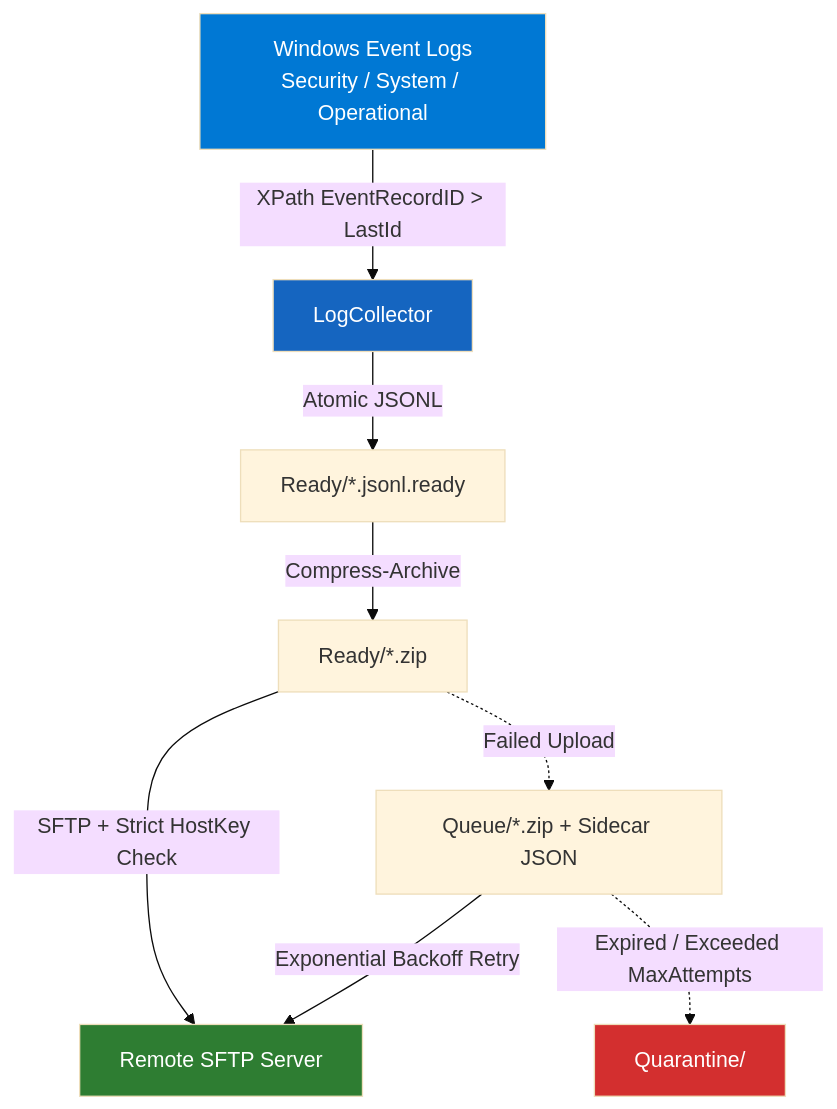
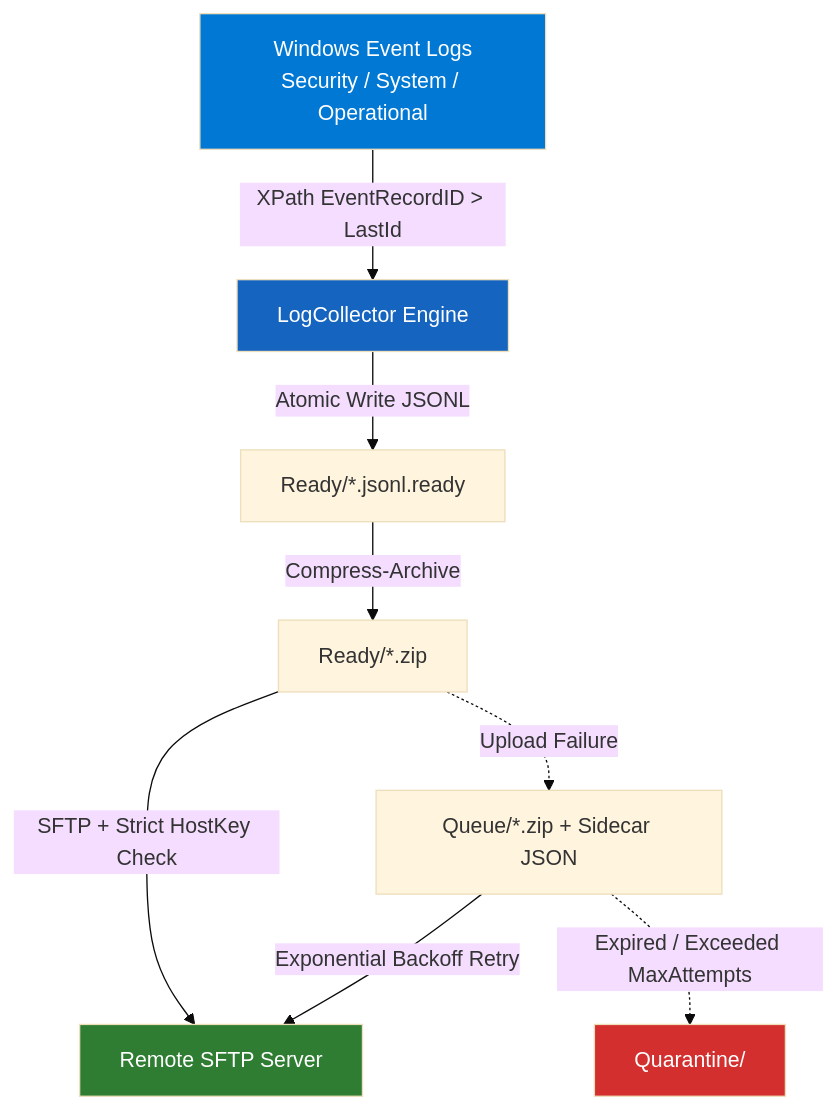
The diagram in README.md (pthanhbinh1654/winlogcollector), drawn with Mermaid (base theme) before and after one commit. The commit also changed other lines of this file and 1 other file, not shown here.

````diff
--- a/README.md
+++ b/README.md
@@ -26,15 +28,15 @@
 ```mermaid
 flowchart TD
-    A[Windows Event Logs\nSecurity / System / Operational] -->|XPath EventRecordID > LastId| B[LogCollector]
-    B -->|Atomic JSONL| C[Ready/*.jsonl.ready]
+    A[Windows Event Logs\nSecurity / System / Operational] -->|XPath EventRecordID > LastId| B[LogCollector Engine]
+    B -->|Atomic Write JSONL| C[Ready/*.jsonl.ready]
     C -->|Compress-Archive| D[Ready/*.zip]
     D -->|SFTP + Strict HostKey Check| E[Remote SFTP Server]
-    D -.->|Failed Upload| F[Queue/*.zip + Sidecar JSON]
+    D -.->|Upload Failure| F[Queue/*.zip + Sidecar JSON]
     F -->|Exponential Backoff Retry| E
     F -.->|Expired / Exceeded MaxAttempts| G[Quarantine/]
 
     style A fill:#0078D4,color:#fff
     style B fill:#1565c0,color:#fff
     style E fill:#2e7d32,color:#fff
     style G fill:#d32f2f,color:#fff
 ```
````
